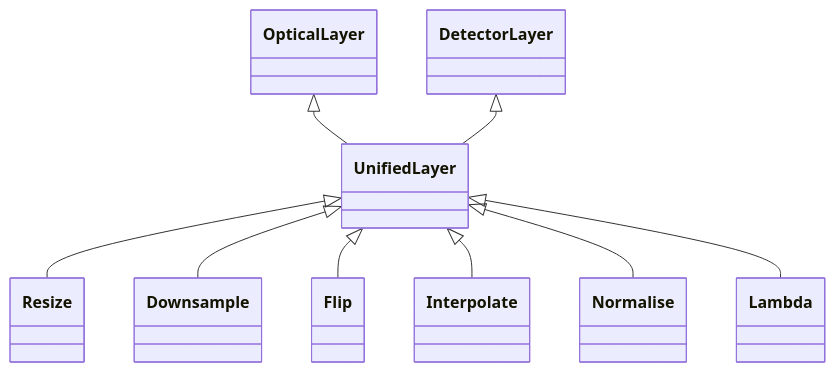
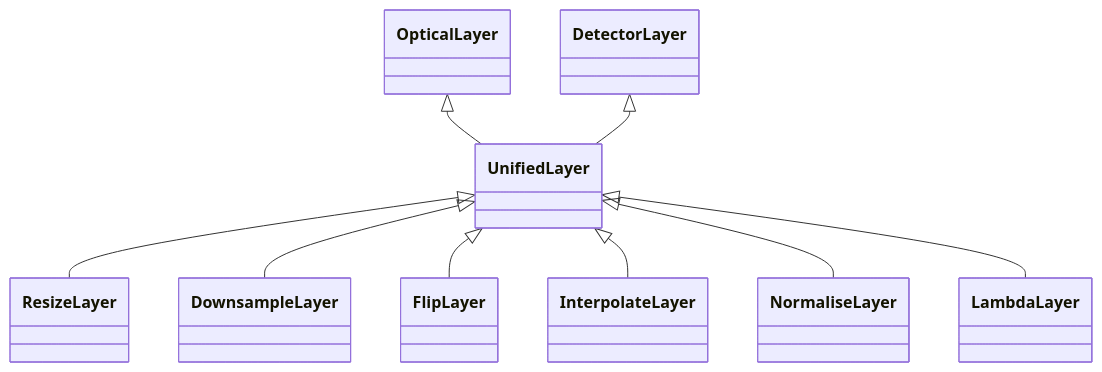
One commit to LouisDesdoigts/dLux changed the diagram in docs/API/layers/unified.md. Above: the diagram before and after it, drawn with Mermaid. The commit also changed other lines of this file and 160 other files, not shown here.

````diff
--- a/docs/API/layers/unified.md
+++ b/docs/API/layers/unified.md
@@ -7,27 +7,28 @@
 ```mermaid
 classDiagram
+    direction TB
     class dLux_layers_unified_UnifiedLayer["UnifiedLayer"]
-    class dLux_layers_unified_Resize["Resize"]
-    class dLux_layers_unified_Downsample["Downsample"]
-    class dLux_layers_unified_Flip["Flip"]
-    class dLux_layers_unified_Interpolate["Interpolate"]
-    class dLux_layers_unified_Normalise["Normalise"]
-    class dLux_layers_unified_Lambda["Lambda"]
+    class dLux_layers_unified_ResizeLayer["ResizeLayer"]
+    class dLux_layers_unified_DownsampleLayer["DownsampleLayer"]
+    class dLux_layers_unified_FlipLayer["FlipLayer"]
+    class dLux_layers_unified_InterpolateLayer["InterpolateLayer"]
+    class dLux_layers_unified_NormaliseLayer["NormaliseLayer"]
+    class dLux_layers_unified_LambdaLayer["LambdaLayer"]
     class dLux_layers_detector_DetectorLayer["DetectorLayer"]
     class dLux_layers_optical_OpticalLayer["OpticalLayer"]
     dLux_layers_optical_OpticalLayer <|-- dLux_layers_unified_UnifiedLayer
     dLux_layers_detector_DetectorLayer <|-- dLux_layers_unified_UnifiedLayer
-    click dLux_layers_unified_UnifiedLayer href "#dLux.layers.unified.UnifiedLayer" "No direct public attributes or methods"
-    dLux_layers_unified_UnifiedLayer <|-- dLux_layers_unified_Resize
-    click dLux_layers_unified_Resize href "#dLux.layers.unified.Resize" "Attributes: npixels · Methods: apply_mono()"
-    dLux_layers_unified_UnifiedLayer <|-- dLux_layers_unified_Downsample
-    click dLux_layers_unified_Downsample href "#dLux.layers.unified.Downsample" "Attributes: n · Methods: apply_mono()"
-    dLux_layers_unified_UnifiedLayer <|-- dLux_layers_unified_Flip
-    click dLux_layers_unified_Flip href "#dLux.layers.unified.Flip" "Attributes: axes · Methods: apply_mono()"
-    dLux_layers_unified_UnifiedLayer <|-- dLux_layers_unified_Interpolate
-    click dLux_layers_unified_Interpolate href "#dLux.layers.unified.Interpolate" "Attributes: transformation, method, complex, fill · Methods: apply_mono()"
-    dLux_layers_unified_UnifiedLayer <|-- dLux_layers_unified_Normalise
-    click dLux_layers_unified_Normalise href "#dLux.layers.unified.Normalise" "Attributes: mode, value · Methods: apply_mono()"
-    dLux_layers_unified_UnifiedLayer <|-- dLux_layers_unified_Lambda
-    click dLux_layers_unified_Lambda href "#dLux.layers.unified.Lambda" "Methods: apply_mono()"
+    click dLux_layers_unified_UnifiedLayer href "#dLux.layers.unified.UnifiedLayer" "Methods: __init__()"
+    dLux_layers_unified_UnifiedLayer <|-- dLux_layers_unified_ResizeLayer
+    click dLux_layers_unified_ResizeLayer href "#dLux.layers.unified.ResizeLayer" "Attributes: npixels · Methods: __init__(), apply_mono()"
+    dLux_layers_unified_UnifiedLayer <|-- dLux_layers_unified_DownsampleLayer
+    click dLux_layers_unified_DownsampleLayer href "#dLux.layers.unified.DownsampleLayer" "Attributes: n · Methods: __init__(), apply_mono()"
+    dLux_layers_unified_UnifiedLayer <|-- dLux_layers_unified_FlipLayer
+    click dLux_layers_unified_FlipLayer href "#dLux.layers.unified.FlipLayer" "Attributes: axes · Methods: __init__(), apply_mono()"
+    dLux_layers_unified_UnifiedLayer <|-- dLux_layers_unified_InterpolateLayer
+    click dLux_layers_unified_InterpolateLayer href "#dLux.layers.unified.InterpolateLayer" "Attributes: transformation, method, complex, fill · Methods: __init__(), apply_mono()"
+    dLux_layers_unified_UnifiedLayer <|-- dLux_layers_unified_NormaliseLayer
+    click dLux_layers_unified_NormaliseLayer href "#dLux.layers.unified.NormaliseLayer" "Attributes: mode, value · Methods: __init__(), apply_mono()"
+    dLux_layers_unified_UnifiedLayer <|-- dLux_layers_unified_LambdaLayer
+    click dLux_layers_unified_LambdaLayer href "#dLux.layers.unified.LambdaLayer" "Methods: apply_mono(), __init__()"
 ```
````
